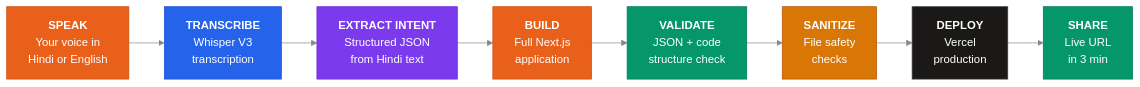
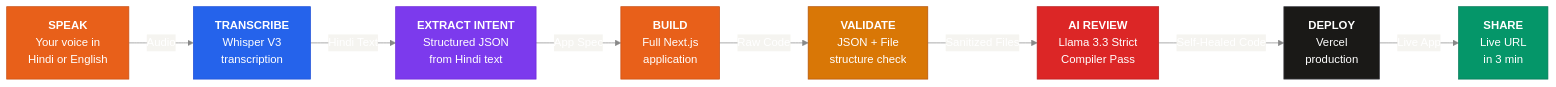
Before and after one commit to dheraingoud/MayaForBharat: the first of 8 diagrams in README.md, drawn with Mermaid. The commit also changed other lines of this file and 35 other files, not shown here.

Commit message:
feat: Add fast AI Code Review Agent to build pipeline and bump Next.js scaffold to 16.2.6

````diff
--- a/README.md
+++ b/README.md
@@ -41,20 +41,20 @@
 ```mermaid
 %%{init: {'theme': 'base', 'themeVariables': { 'primaryColor': '#E8601A', 'primaryTextColor': '#fff', 'primaryBorderColor': '#C94E12', 'lineColor': '#888888', 'secondaryColor': '#F5F4F0', 'tertiaryColor': '#FFF3ED', 'fontFamily': 'sans-serif' }}}%%
 flowchart LR
-    A["<b>SPEAK</b><br/>Your voice in<br/>Hindi or English"] --> B["<b>TRANSCRIBE</b><br/>Whisper V3<br/>transcription"]
-    B --> C["<b>EXTRACT INTENT</b><br/>Structured JSON<br/>from Hindi text"]
-    C --> D["<b>BUILD</b><br/>Full Next.js<br/>application"]
-    D --> E["<b>VALIDATE</b><br/>JSON + code<br/>structure check"]
-    E --> F["<b>SANITIZE</b><br/>File safety<br/>checks"]
-    F --> G["<b>DEPLOY</b><br/>Vercel<br/>production"]
-    G --> H["<b>SHARE</b><br/>Live URL<br/>in 3 min"]
+    A["<b>SPEAK</b><br/>Your voice in<br/>Hindi or English"] -->|Audio| B["<b>TRANSCRIBE</b><br/>Whisper V3<br/>transcription"]
+    B -->|Hindi Text| C["<b>EXTRACT INTENT</b><br/>Structured JSON<br/>from Hindi text"]
+    C -->|App Spec| D["<b>BUILD</b><br/>Full Next.js<br/>application"]
+    D -->|Raw Code| E["<b>VALIDATE</b><br/>JSON + File<br/>structure check"]
+    E -->|Sanitized Files| REV["<b>AI REVIEW</b><br/>Llama 3.3 Strict<br/>Compiler Pass"]
+    REV -->|Self-Healed Code| F["<b>DEPLOY</b><br/>Vercel<br/>production"]
+    F -->|Live App| G["<b>SHARE</b><br/>Live URL<br/>in 3 min"]
 
     style A fill:#E8601A,stroke:#C94E12,color:#fff
     style B fill:#2563eb,stroke:#1d4ed8,color:#fff
     style C fill:#7c3aed,stroke:#6d28d9,color:#fff
     style D fill:#E8601A,stroke:#C94E12,color:#fff
-    style E fill:#059669,stroke:#047857,color:#fff
-    style F fill:#d97706,stroke:#b45309,color:#fff
-    style G fill:#1A1917,stroke:#3f3f46,color:#fff
-    style H fill:#059669,stroke:#047857,color:#fff
+    style E fill:#d97706,stroke:#b45309,color:#fff
+    style REV fill:#dc2626,stroke:#b91c1c,color:#fff
+    style F fill:#1A1917,stroke:#3f3f46,color:#fff
+    style G fill:#059669,stroke:#047857,color:#fff
 ```
````
